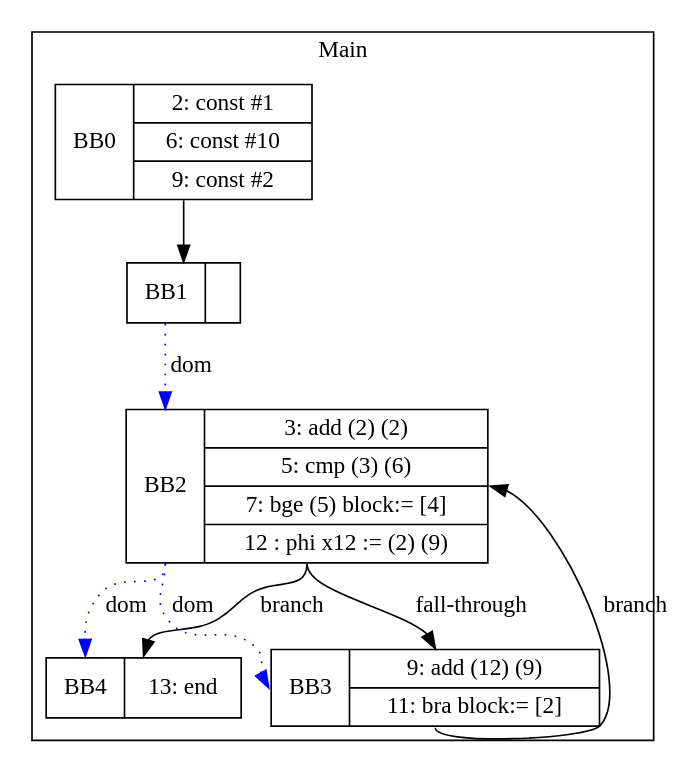
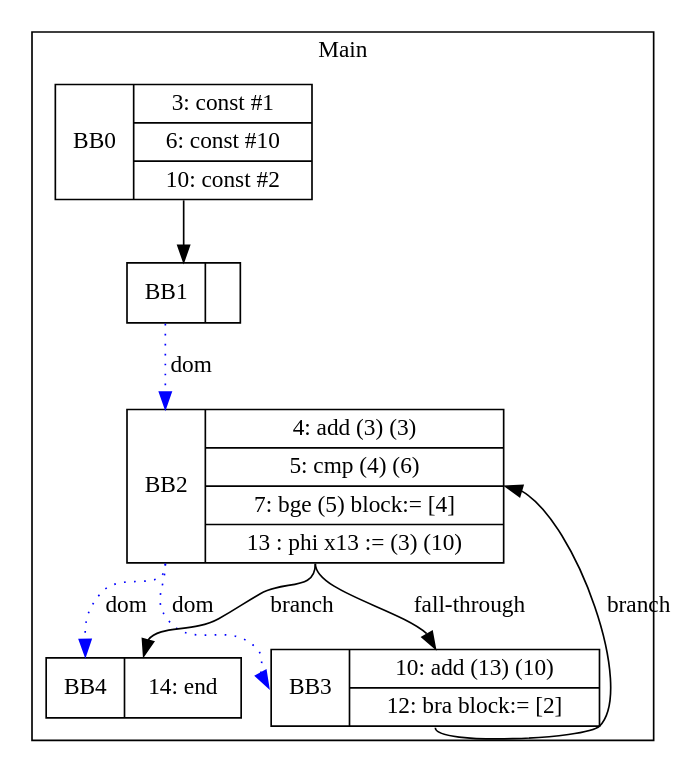
Before and after one commit to zjc664656505/UCI-CS241-Advanced-Compiler-main: the diagram in visualization/ChinHung/while_having_computation_in_compare.gv, drawn with Graphviz. The commit also changed 90 other files, not shown here.

```diff
--- a/visualization/ChinHung/while_having_computation_in_compare.gv
+++ b/visualization/ChinHung/while_having_computation_in_compare.gv
@@ -1,18 +1,18 @@
 digraph G {
 node [shape=record];
 subgraph cluster_main{
 label = "Main";
-BB0 [shape=record, label="<b>BB0|{2: const #1|6: const #10|9: const #2}"];
+BB0 [shape=record, label="<b>BB0|{3: const #1|6: const #10|10: const #2}"];
 BB1 [shape=record, label="<b>BB1|}"];
-BB2 [shape=record, label="<b>BB2|{3: add (2) (2)|5: cmp (3) (6)|7: bge (5) block:= [4]|12 : phi x12 := (2) (9)}"];
-BB3 [shape=record, label="<b>BB3|{9: add (12) (9)|11: bra block:= [2]}"];
-BB4 [shape=record, label="<b>BB4|{13: end}"];
+BB2 [shape=record, label="<b>BB2|{4: add (3) (3)|5: cmp (4) (6)|7: bge (5) block:= [4]|13 : phi x13 := (3) (10)}"];
+BB3 [shape=record, label="<b>BB3|{10: add (13) (10)|12: bra block:= [2]}"];
+BB4 [shape=record, label="<b>BB4|{14: end}"];
 }
 BB0:s -> BB1:n ;
 BB2:b -> BB3:b [color=blue, style=dotted, label="dom"];
 BB2:b -> BB4:b [color=blue, style=dotted, label="dom"];
 BB1:b -> BB2:b [color=blue, style=dotted, label="dom"];
 BB2:s -> BB4:n [label="branch"];
 BB3:s -> BB2:e [label="branch"];
 BB2:s -> BB3:n [label="fall-through"];
 }
```
